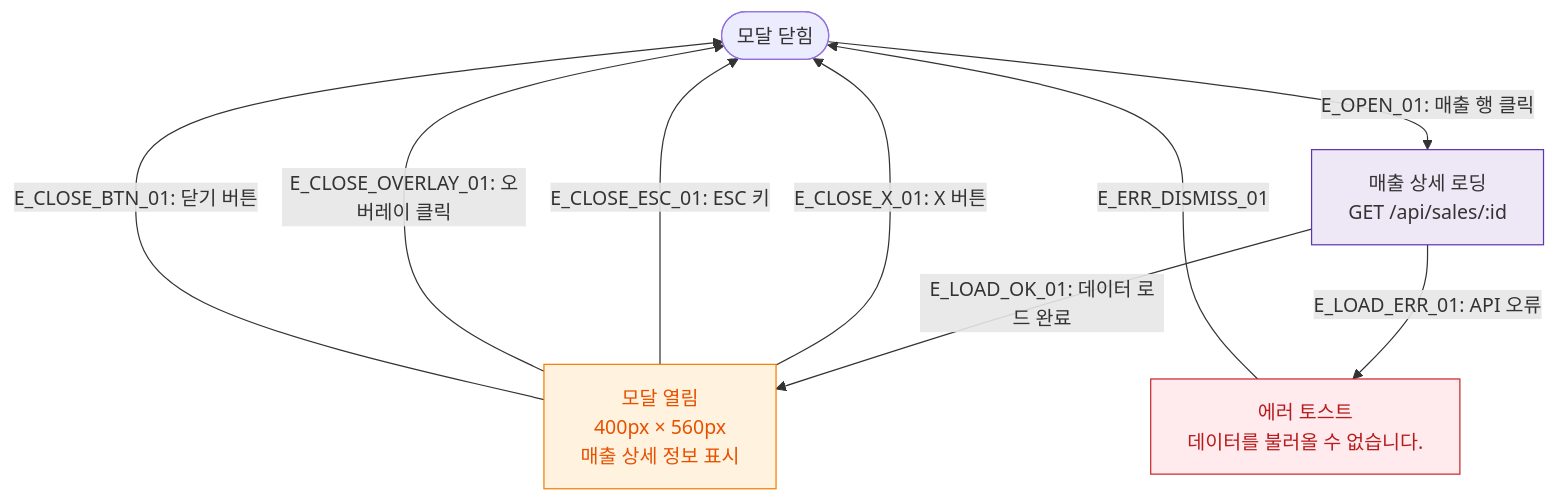
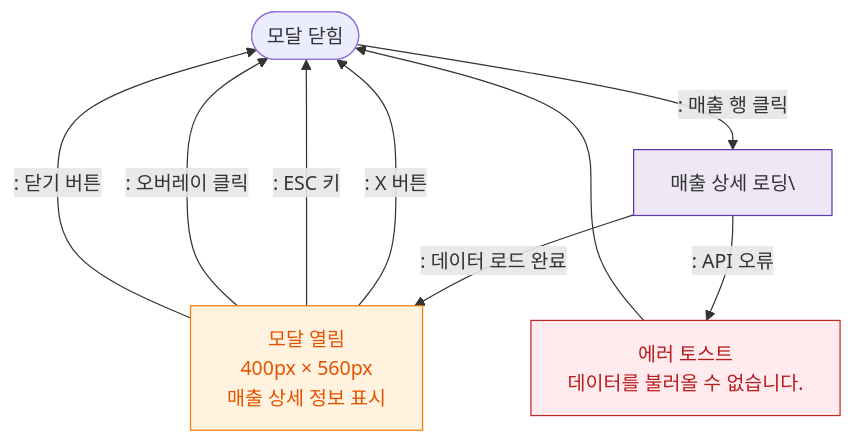
Before and after one commit to dev-spogym/admin-pando: the diagram in docs/다이어그램/D03_매출관리/DLG-S001_매출상세/M1_모달생명주기.md, drawn with Mermaid. The commit also changed other lines of this file and 1660 other files, not shown here.

First line of the commit message:
다이어그램: 기획자/클라이언트 납품본으로 정리

````diff
--- a/docs/다이어그램/D03_매출관리/DLG-S001_매출상세/M1_모달생명주기.md
+++ b/docs/다이어그램/D03_매출관리/DLG-S001_매출상세/M1_모달생명주기.md
@@ -20,21 +18,21 @@
 ```mermaid
 flowchart TD
-    CLOSED([모달 닫힘]) -->|"E_OPEN_01: 매출 행 클릭"| LOADING[매출 상세 로딩\nGET /api/sales/:id]
-    LOADING -->|"E_LOAD_OK_01: 데이터 로드 완료"| OPEN[모달 열림\n400px × 560px\n매출 상세 정보 표시]
-    LOADING -->|"E_LOAD_ERR_01: API 오류"| ERR_TOAST[에러 토스트\n데이터를 불러올 수 없습니다.]
+    CLOSED([모달 닫힘]) -->|": 매출 행 클릭"|LOADING[매출 상세 로딩\]
+    LOADING -->|": 데이터 로드 완료"|OPEN[모달 열림\n400px × 560px\n매출 상세 정보 표시]
+    LOADING -->|": API 오류"|ERR_TOAST[에러 토스트\n데이터를 불러올 수 없습니다.]
 
-    OPEN -->|"E_CLOSE_X_01: X 버튼"| CLOSED
-    OPEN -->|"E_CLOSE_ESC_01: ESC 키"| CLOSED
-    OPEN -->|"E_CLOSE_OVERLAY_01: 오버레이 클릭"| CLOSED
-    OPEN -->|"E_CLOSE_BTN_01: 닫기 버튼"| CLOSED
+    OPEN -->|": X 버튼"|CLOSED
+    OPEN -->|": ESC 키"|CLOSED
+    OPEN -->|": 오버레이 클릭"|CLOSED
+    OPEN -->|": 닫기 버튼"|CLOSED
 
-    ERR_TOAST -->|E_ERR_DISMISS_01| CLOSED
+    ERR_TOAST --> CLOSED
 
     classDef modal fill:#FFF3E0,stroke:#F57C00,color:#E65100
     classDef system fill:#EDE7F6,stroke:#5E35B2
     classDef error fill:#FFEBEE,stroke:#C62828,color:#B71C1C
 
     class OPEN modal
     class LOADING system
     class ERR_TOAST error
 ```
````
